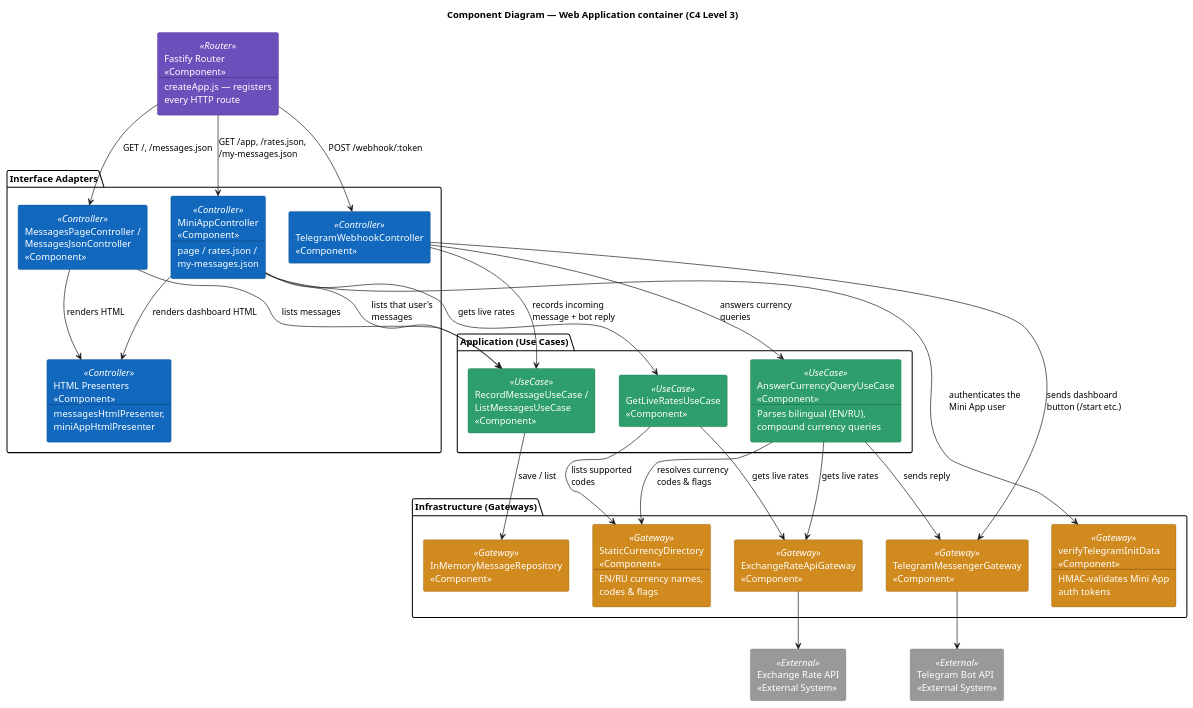
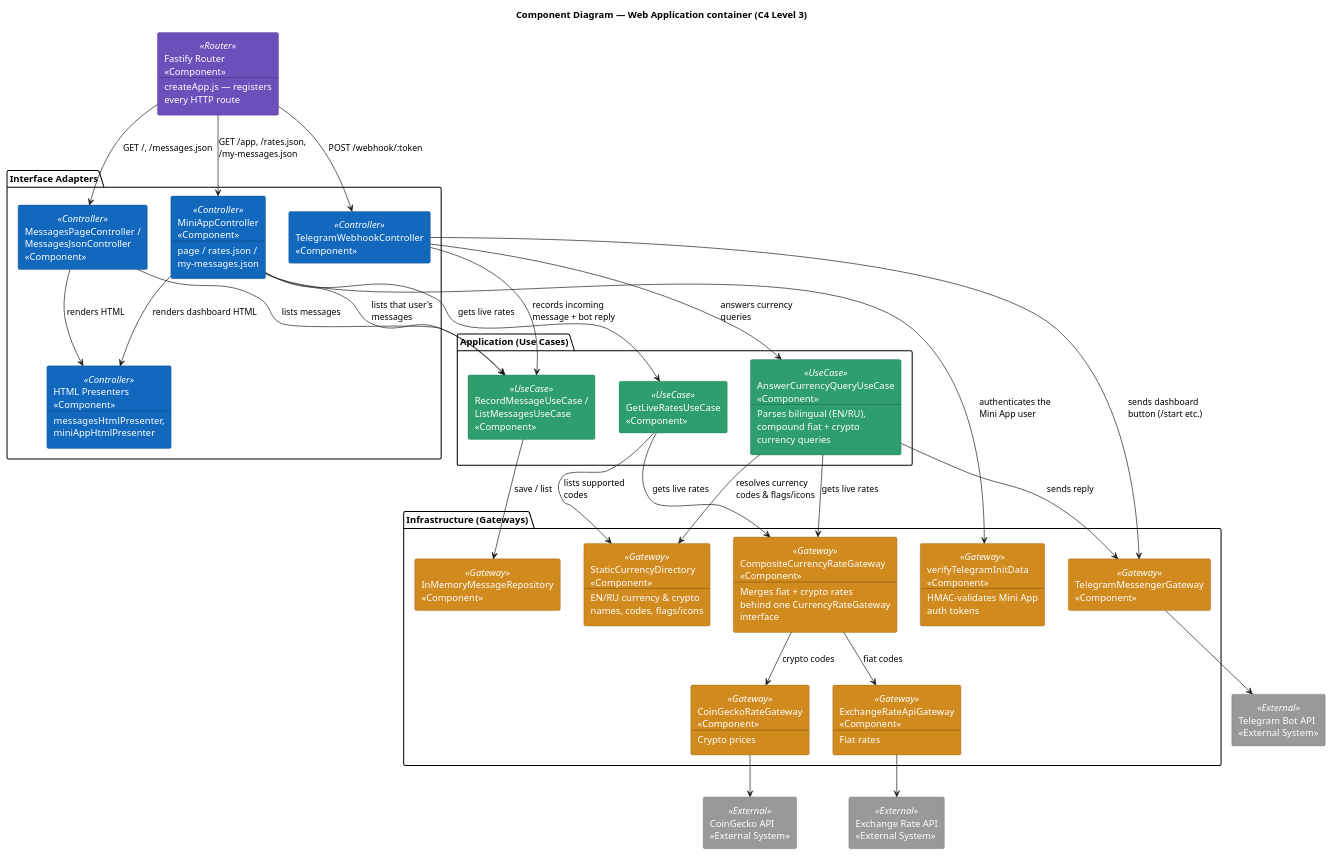
Before and after one commit to dnkdev1/ExRateFX_Bot: the diagram in docs/architecture/c4-level3-components.puml, drawn with PlantUML. The commit also changed 2 other files, not shown here.

Commit message:
Redraw C4 diagrams for crypto support
Reflects the CoinGecko/composite rate gateway added since these were
last drawn:
- Context: adds CoinGecko API as a second external dependency
- Container: the single Web Application now depends on both rate APIs
- Component: adds CompositeCurrencyRateGateway and CoinGeckoRateGateway;
  AnswerCurrencyQueryUseCase and GetLiveRatesUseCase now point at the
  composite instead of directly at ExchangeRateApiGateway

Claude-Session: https://claude.ai/code/session_015xzGzvegDWrHKXEiszEjdw

```diff
--- a/docs/architecture/c4-level3-components.puml
+++ b/docs/architecture/c4-level3-components.puml
@@ -1,83 +1,90 @@
 @startuml C4_Level3_Components_WebApplication
 
 title Component Diagram — Web Application container (C4 Level 3)
 
 skinparam backgroundColor #FFFFFF
 skinparam shadowing false
 skinparam defaultTextAlignment left
 skinparam rectangle {
   BackgroundColor<<Router>>     #6B4FBB
   FontColor<<Router>>           #FFFFFF
   BorderColor<<Router>>         #4A3485
 
   BackgroundColor<<Controller>> #1168BD
   FontColor<<Controller>>       #FFFFFF
   BorderColor<<Controller>>     #0B4884
 
   BackgroundColor<<UseCase>>    #2E9E6C
   FontColor<<UseCase>>          #FFFFFF
   BorderColor<<UseCase>>        #1F7350
 
   BackgroundColor<<Gateway>>    #D08A1E
   FontColor<<Gateway>>          #FFFFFF
   BorderColor<<Gateway>>        #8C5C10
 
   BackgroundColor<<External>>   #999999
   FontColor<<External>>         #FFFFFF
   BorderColor<<External>>       #6B6B6B
 }
 
 rectangle "Fastify Router\n<<Component>>\n--\ncreateApp.js — registers\nevery HTTP route" <<Router>> as Router
 
 package "Interface Adapters" {
   rectangle "TelegramWebhookController\n<<Component>>" <<Controller>> as WebhookCtrl
   rectangle "MessagesPageController /\nMessagesJsonController\n<<Component>>" <<Controller>> as MessagesCtrl
   rectangle "MiniAppController\n<<Component>>\n--\npage / rates.json /\nmy-messages.json" <<Controller>> as MiniAppCtrl
   rectangle "HTML Presenters\n<<Component>>\n--\nmessagesHtmlPresenter,\nminiAppHtmlPresenter" <<Controller>> as Presenters
 }
 
 package "Application (Use Cases)" {
-  rectangle "AnswerCurrencyQueryUseCase\n<<Component>>\n--\nParses bilingual (EN/RU),\ncompound currency queries" <<UseCase>> as AnswerUC
+  rectangle "AnswerCurrencyQueryUseCase\n<<Component>>\n--\nParses bilingual (EN/RU),\ncompound fiat + crypto\ncurrency queries" <<UseCase>> as AnswerUC
   rectangle "RecordMessageUseCase /\nListMessagesUseCase\n<<Component>>" <<UseCase>> as MessageUCs
   rectangle "GetLiveRatesUseCase\n<<Component>>" <<UseCase>> as RatesUC
 }
 
 package "Infrastructure (Gateways)" {
-  rectangle "StaticCurrencyDirectory\n<<Component>>\n--\nEN/RU currency names,\ncodes & flags" <<Gateway>> as CurrencyDir
-  rectangle "ExchangeRateApiGateway\n<<Component>>" <<Gateway>> as RatesGateway
+  rectangle "StaticCurrencyDirectory\n<<Component>>\n--\nEN/RU currency & crypto\nnames, codes, flags/icons" <<Gateway>> as CurrencyDir
+  rectangle "CompositeCurrencyRateGateway\n<<Component>>\n--\nMerges fiat + crypto rates\nbehind one CurrencyRateGateway\ninterface" <<Gateway>> as CompositeGateway
+  rectangle "ExchangeRateApiGateway\n<<Component>>\n--\nFiat rates" <<Gateway>> as RatesGateway
+  rectangle "CoinGeckoRateGateway\n<<Component>>\n--\nCrypto prices" <<Gateway>> as CryptoGateway
   rectangle "TelegramMessengerGateway\n<<Component>>" <<Gateway>> as MessengerGateway
   rectangle "InMemoryMessageRepository\n<<Component>>" <<Gateway>> as MessageRepo
   rectangle "verifyTelegramInitData\n<<Component>>\n--\nHMAC-validates Mini App\nauth tokens" <<Gateway>> as InitDataVerifier
 }
 
 rectangle "Telegram Bot API\n<<External System>>" <<External>> as TelegramApi
 rectangle "Exchange Rate API\n<<External System>>" <<External>> as RatesApi
+rectangle "CoinGecko API\n<<External System>>" <<External>> as CryptoApi
 
 Router --> WebhookCtrl : "POST /webhook/:token"
 Router --> MessagesCtrl : "GET /, /messages.json"
 Router --> MiniAppCtrl : "GET /app, /rates.json,\n/my-messages.json"
 
 WebhookCtrl --> MessageUCs : "records incoming\nmessage + bot reply"
 WebhookCtrl --> AnswerUC : "answers currency\nqueries"
 WebhookCtrl --> MessengerGateway : "sends dashboard\nbutton (/start etc.)"
 
-AnswerUC --> CurrencyDir : "resolves currency\ncodes & flags"
-AnswerUC --> RatesGateway : "gets live rates"
+AnswerUC --> CurrencyDir : "resolves currency\ncodes & flags/icons"
+AnswerUC --> CompositeGateway : "gets live rates"
 AnswerUC --> MessengerGateway : "sends reply"
 
 MessagesCtrl --> MessageUCs : "lists messages"
 MessagesCtrl --> Presenters : "renders HTML"
 MiniAppCtrl --> Presenters : "renders dashboard HTML"
 MiniAppCtrl --> RatesUC : "gets live rates"
 MiniAppCtrl --> InitDataVerifier : "authenticates the\nMini App user"
 MiniAppCtrl --> MessageUCs : "lists that user's\nmessages"
 
 RatesUC --> CurrencyDir : "lists supported\ncodes"
-RatesUC --> RatesGateway : "gets live rates"
+RatesUC --> CompositeGateway : "gets live rates"
+
+CompositeGateway --> RatesGateway : "fiat codes"
+CompositeGateway --> CryptoGateway : "crypto codes"
 
 MessageUCs --> MessageRepo : "save / list"
 
 MessengerGateway --> TelegramApi
 RatesGateway --> RatesApi
+CryptoGateway --> CryptoApi
 
 @enduml
```
